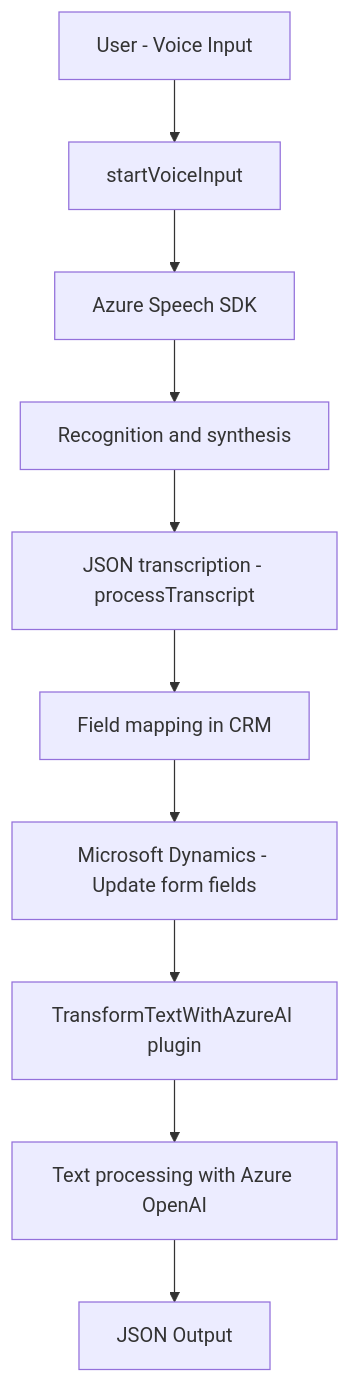
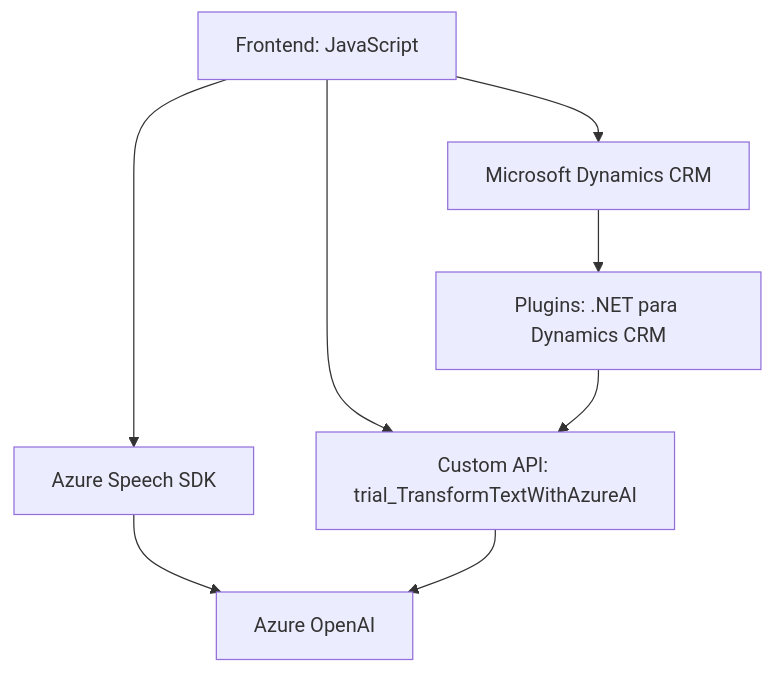
Before and after one commit to blopezdm/NETCORE_BILBAO2025: the diagram in README.md, drawn with Mermaid. The commit also changed other lines of this file, not shown here.

````diff
--- a/README.md
+++ b/README.md
@@ -50,12 +34,17 @@
 ```mermaid
 graph TD
-  A["User - Voice Input"] --> B["startVoiceInput"]
-  B --> C["Azure Speech SDK"]
-  C --> D["Recognition and synthesis"]
-  D --> E["JSON transcription - processTranscript"]
-  E --> F["Field mapping in CRM"]
-  F --> G["Microsoft Dynamics - Update form fields"]
-  G --> H["TransformTextWithAzureAI plugin"]
-  H --> I["Text processing with Azure OpenAI"]
-  I --> J["JSON Output"]
+    A["Frontend: JavaScript"]
+    B["Azure Speech SDK"]
+    C["Plugins: .NET para Dynamics CRM"]
+    D["Custom API: trial_TransformTextWithAzureAI"]
+    E["Azure OpenAI"]
+    F["Microsoft Dynamics CRM"]
+
+    A --> B
+    A --> D
+    B --> E
+    D --> E
+    F --> C
+    C --> D
+    A --> F
 ```
````
